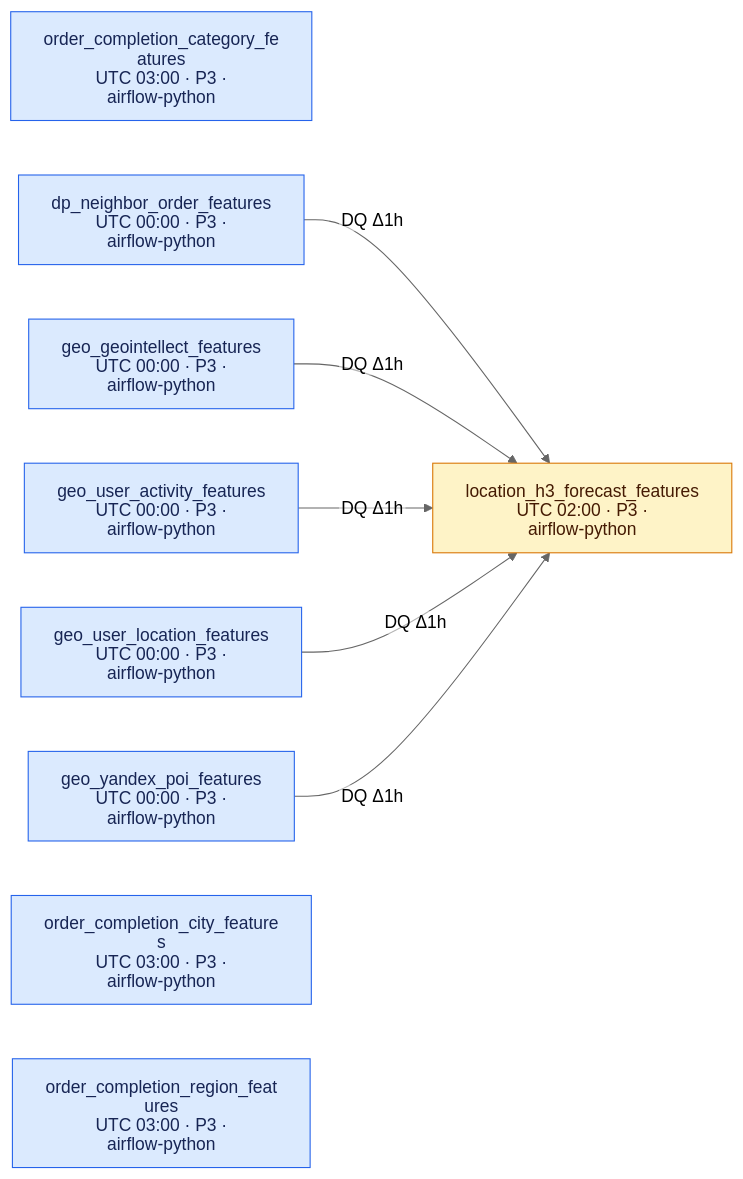
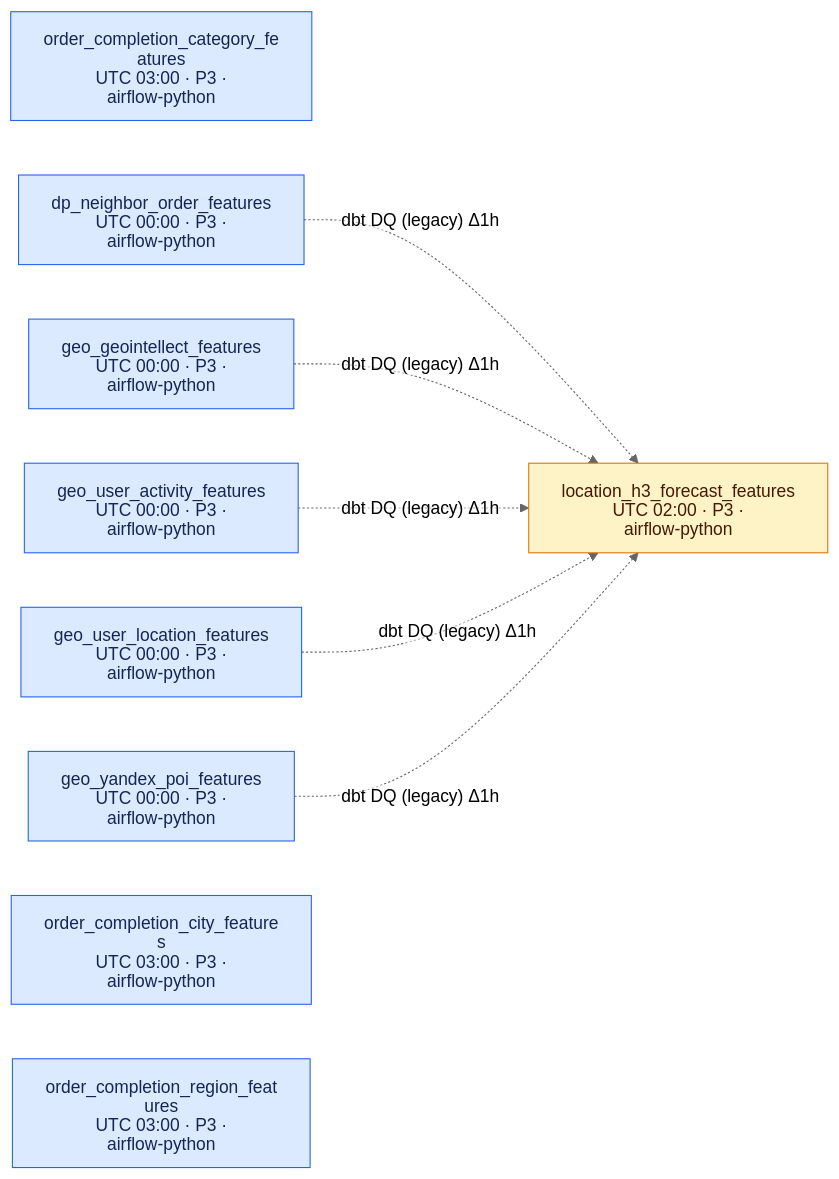
Before and after one commit to DayMarket/ml-feature-platform: the third of 7 diagrams in docs/feature_platform_map.md, drawn with Mermaid (neutral theme). The commit also changed other lines of this file and 4 other files, not shown here.

````diff
--- a/docs/feature_platform_map.md
+++ b/docs/feature_platform_map.md
@@ -111,34 +117,34 @@
 ```mermaid
 %%{init: {"flowchart": {"wrappingWidth": 220}, "htmlLabels": false, "markdownAutoWrap": false}}%%
 flowchart LR
     d0["`location_h3_forecast_features
 UTC 02:00 · P3 · airflow-python`"]
     d1["`order_completion_category_features
 UTC 03:00 · P3 · airflow-python`"]
     d2["`dp_neighbor_order_features
 UTC 00:00 · P3 · airflow-python`"]
     d3["`geo_geointellect_features
 UTC 00:00 · P3 · airflow-python`"]
     d4["`geo_user_activity_features
 UTC 00:00 · P3 · airflow-python`"]
     d5["`geo_user_location_features
 UTC 00:00 · P3 · airflow-python`"]
     d6["`geo_yandex_poi_features
 UTC 00:00 · P3 · airflow-python`"]
     d7["`order_completion_city_features
 UTC 03:00 · P3 · airflow-python`"]
     d8["`order_completion_region_features
 UTC 03:00 · P3 · airflow-python`"]
-    d2 -->|"DQ Δ1h"| d0
-    d3 -->|"DQ Δ1h"| d0
-    d4 -->|"DQ Δ1h"| d0
-    d5 -->|"DQ Δ1h"| d0
-    d6 -->|"DQ Δ1h"| d0
+    d2 -.->|"dbt DQ (legacy) Δ1h"| d0
+    d3 -.->|"dbt DQ (legacy) Δ1h"| d0
+    d4 -.->|"dbt DQ (legacy) Δ1h"| d0
+    d5 -.->|"dbt DQ (legacy) Δ1h"| d0
+    d6 -.->|"dbt DQ (legacy) Δ1h"| d0
     class d1,d2,d3,d4,d5,d6,d7,d8 silver
     class d0 gold
     classDef silver fill:#dbeafe,stroke:#2563eb,color:#172554
     classDef gold fill:#fef3c7,stroke:#d97706,color:#451a03
     classDef datasets fill:#dcfce7,stroke:#16a34a,color:#052e16
     classDef upload fill:#f3e8ff,stroke:#9333ea,color:#3b0764
     classDef external fill:#f3f4f6,stroke:#6b7280,color:#111827
 ```
````
